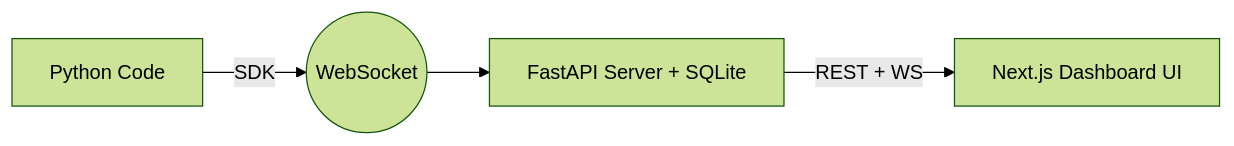
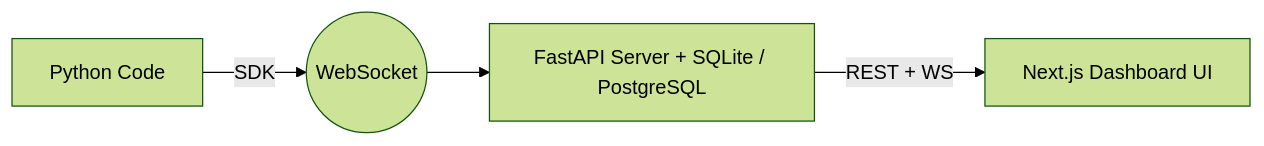
One commit to PxA-Labs/AgentsScope changed the diagram in README.md. Above: the diagram before and after it, drawn with Mermaid (forest theme). The commit also changed other lines of this file, not shown here.

````diff
--- a/README.md
+++ b/README.md
@@ -147,6 +147,6 @@
 ```mermaid
 flowchart LR
     A[Python Code] -->|SDK| B((WebSocket))
-    B --> C[FastAPI Server + SQLite]
+    B --> C[FastAPI Server + SQLite / PostgreSQL]
     C -->|REST + WS| D[Next.js Dashboard UI]
 ```
````
